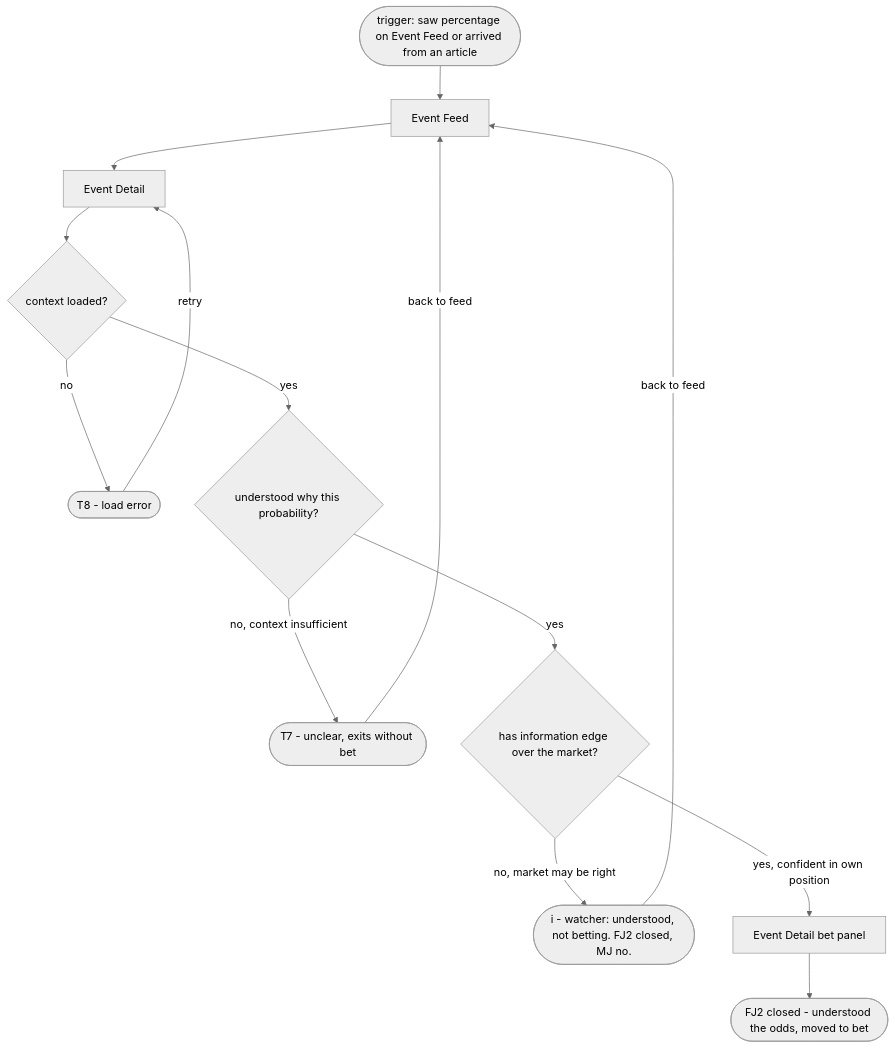
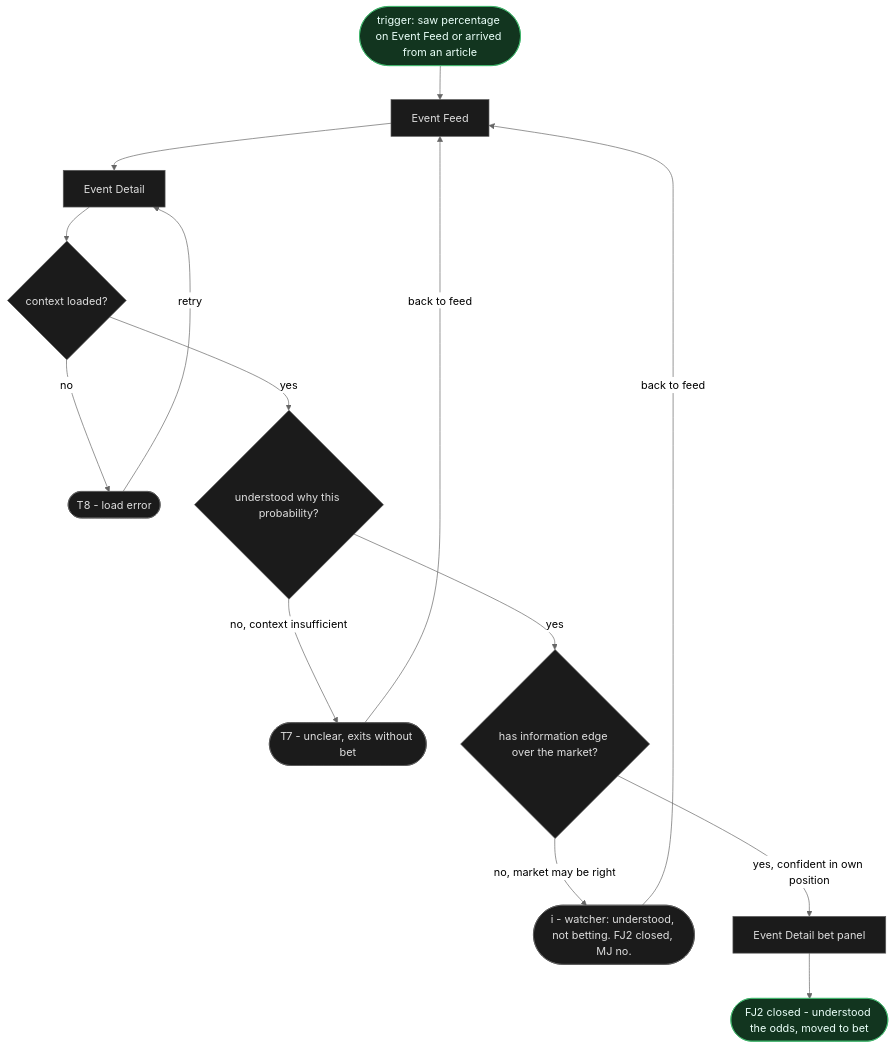
Before and after one commit to sergiodesign4u-dot/predict-market: the second of 4 diagrams in ia/docs/flows.md, drawn with Mermaid (neutral theme). The commit also changed other lines of this file and 30 other files, not shown here.

First line of the commit message:
IA reconcile (Stage 03a targeted): concept-map + colored flows + Basic/Detailed sidebar

````diff
--- a/ia/docs/flows.md
+++ b/ia/docs/flows.md
@@ -130,21 +154,27 @@
 ```mermaid
 flowchart TD
     trigger(["trigger: saw percentage on Event Feed or arrived from an article"])
     trigger --> EF["Event Feed"]
     EF --> ED["Event Detail"]
 
     ED --> ctxOk{"context loaded?"}
     ctxOk -->|"no"| T8(["T8 - load error"])
     T8 -->|"retry"| ED
     ctxOk -->|"yes"| understood{"understood why this probability?"}
 
     understood -->|"no, context insufficient"| T7(["T7 - unclear, exits without bet"])
     T7 -->|"back to feed"| EF
     understood -->|"yes"| hasEdge{"has information edge over the market?"}
 
     hasEdge -->|"no, market may be right"| watcher(["i - watcher: understood, not betting. FJ2 closed, MJ no."])
     watcher -->|"back to feed"| EF
     hasEdge -->|"yes, confident in own position"| BS["Event Detail bet panel"]
 
     BS --> fj2Done(["FJ2 closed - understood the odds, moved to bet"])
+
+    classDef success fill:#12351f,stroke:#3fb56b,color:#eafff9;
+    classDef dead fill:#3a1618,stroke:#e5484d,color:#ffd7d7;
+    classDef neutral fill:#1b1b1b,stroke:#5a5a5a,color:#dddddd;
+    class trigger,fj2Done success;
+    class EF,ED,ctxOk,T8,understood,T7,hasEdge,watcher,BS neutral;
 ```
````
